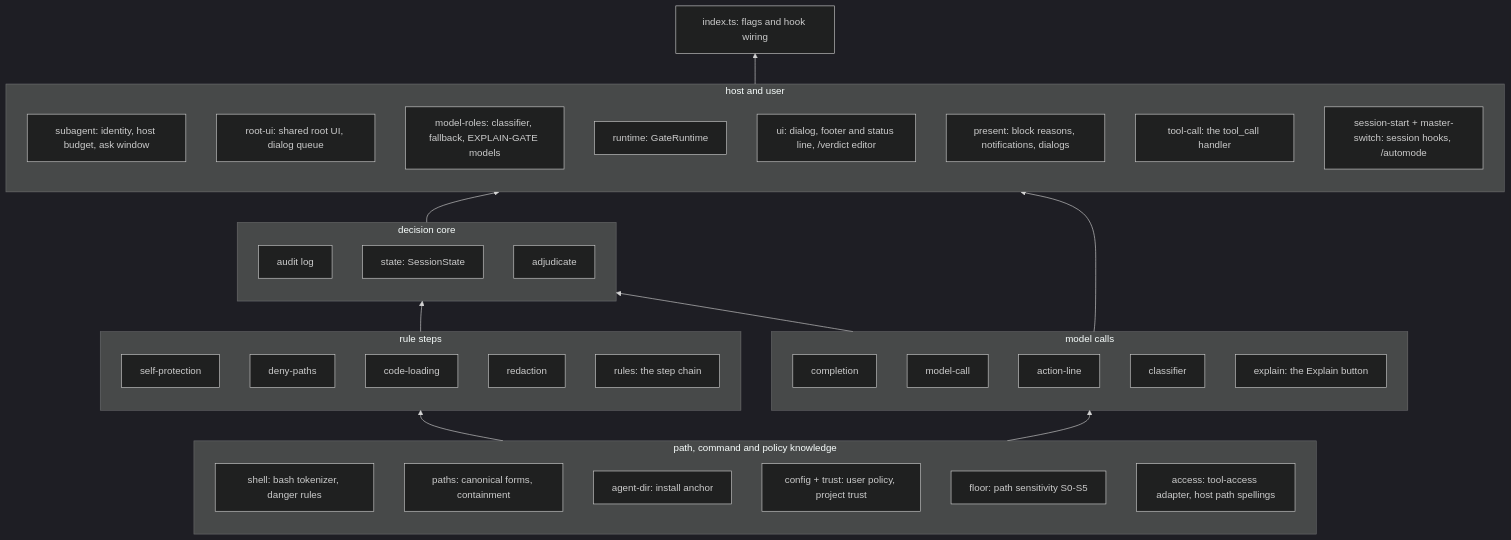
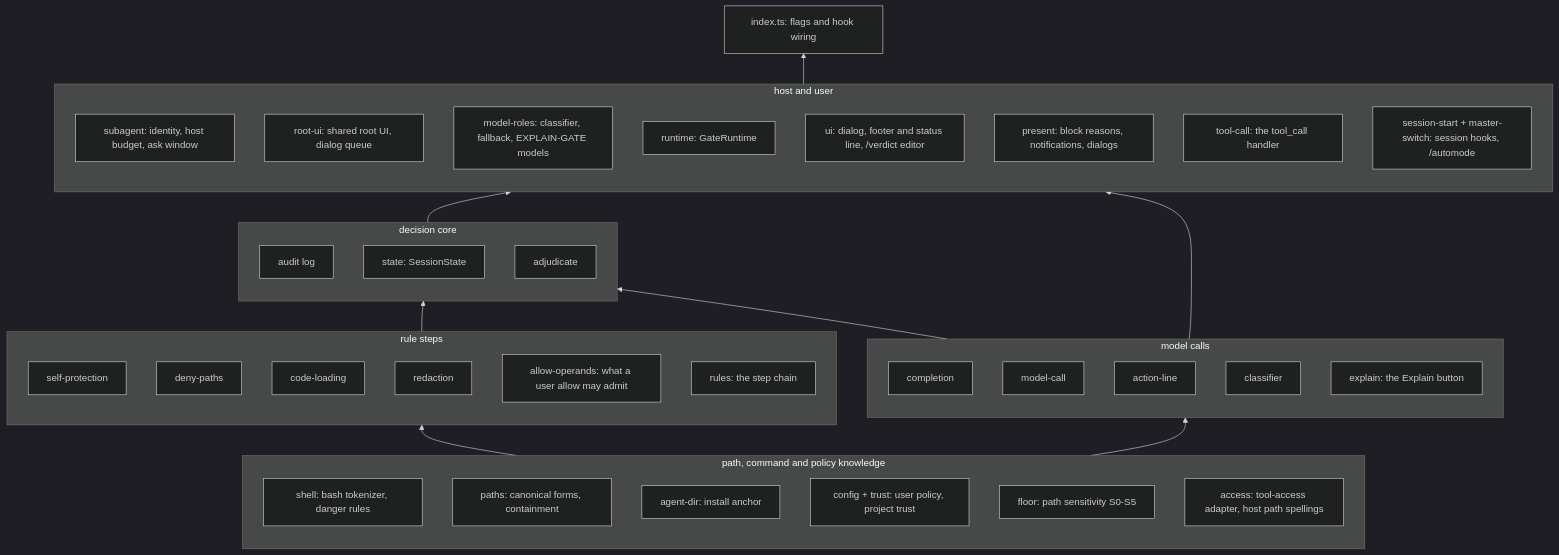
Before and after one commit to jonatsu/pi-verdict: the fifth of 5 diagrams in docs/architecture.md, drawn with Mermaid (dark theme). The commit also changed other lines of this file and 7 other files, not shown here.

````diff
--- a/docs/architecture.md
+++ b/docs/architecture.md
@@ -195,48 +204,49 @@
 ```mermaid
 flowchart BT
   subgraph knowledge [path, command and policy knowledge]
     shell[shell: bash tokenizer, danger rules]
     paths[paths: canonical forms, containment]
     agentdir[agent-dir: install anchor]
     config[config + trust: user policy, project trust]
     floor[floor: path sensitivity S0-S5]
     access[access: tool-access adapter, host path spellings]
   end
   subgraph layers [rule steps]
     self[self-protection]
     denyp[deny-paths]
     codeload[code-loading]
     redaction[redaction]
+    allowops[allow-operands: what a user allow may admit]
     rules[rules: the step chain]
   end
   subgraph model [model calls]
     completion[completion]
     modelcall[model-call]
     actionline[action-line]
     classifier[classifier]
     explain[explain: the Explain button]
   end
   subgraph core [decision core]
     audit[audit log]
     state[state: SessionState]
     adjudicate[adjudicate]
   end
   subgraph host [host and user]
     subagent[subagent: identity, host budget, ask window]
     rootui[root-ui: shared root UI, dialog queue]
     roles[model-roles: classifier, fallback, EXPLAIN-GATE models]
     runtime[runtime: GateRuntime]
     ui[ui: dialog, footer and status line, /verdict editor]
     present[present: block reasons, notifications, dialogs]
     toolcall[tool-call: the tool_call handler]
     session[session-start + master-switch: session hooks, /automode]
   end
   index[index.ts: flags and hook wiring]
   knowledge --> layers
   knowledge --> model
   layers --> core
   model --> core
   core --> host
   model --> host
   host --> index
 ```
````
